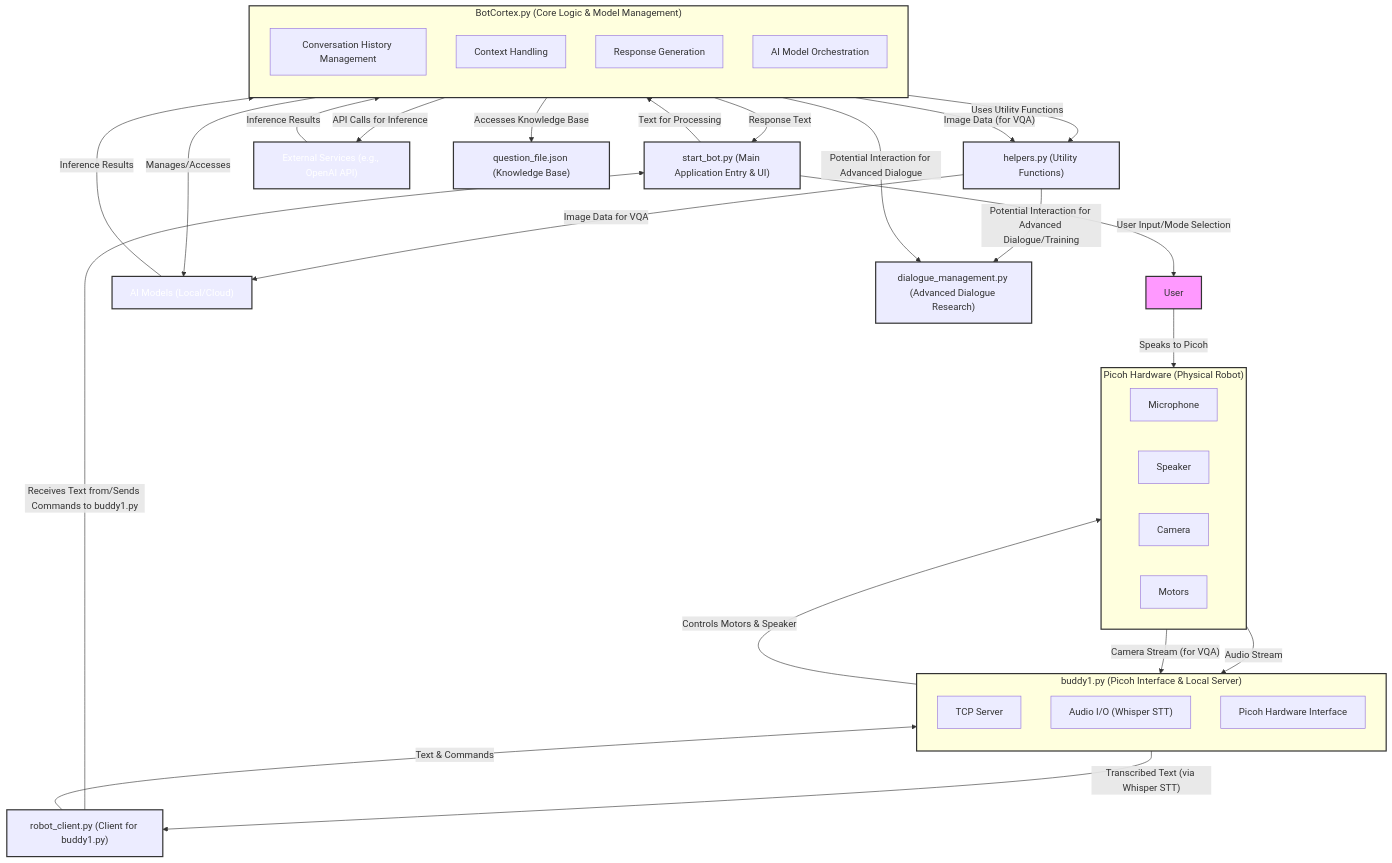
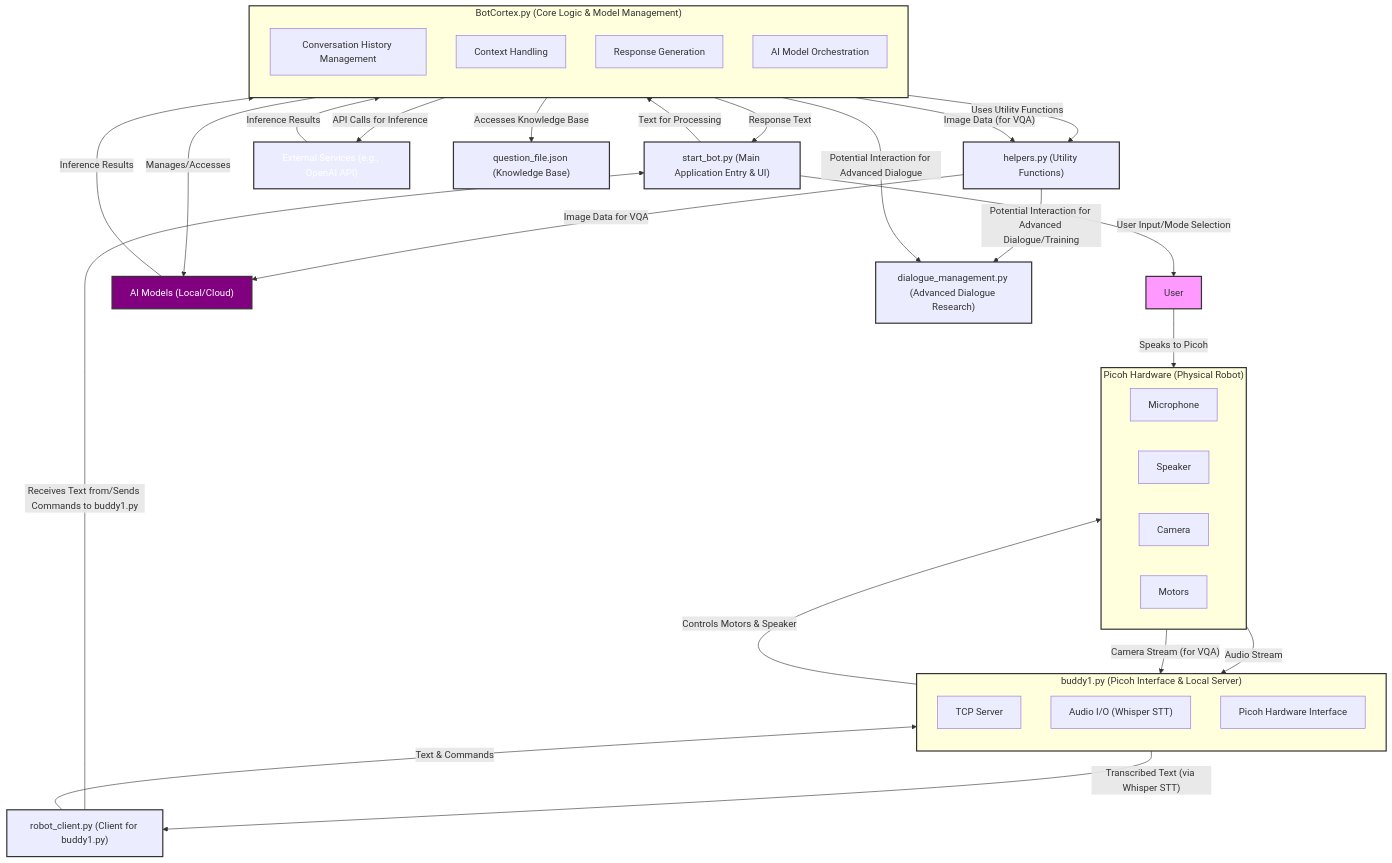
The diagram in architecture.md (dhar174/DeskBuddy), drawn with Mermaid before and after one commit.

````diff
--- a/architecture.md
+++ b/architecture.md
@@ -1,58 +1,58 @@
 ```mermaid
 graph TD
     User["User"] -- "Speaks to Picoh" --> Picoh_HW["Picoh Hardware (Physical Robot)"]
     Picoh_HW -- "Audio Stream" --> buddy1_py["buddy1.py (Picoh Interface & Local Server)"]
     Picoh_HW -- "Camera Stream (for VQA)" --> buddy1_py
     buddy1_py -- "Controls Motors & Speaker" --> Picoh_HW
     buddy1_py -- "Transcribed Text (via Whisper STT)" --> robot_client_py["robot_client.py (Client for buddy1.py)"]
     robot_client_py -- "Text & Commands" --> buddy1_py
     robot_client_py -- "Receives Text from/Sends Commands to buddy1.py" --> start_bot_py["start_bot.py (Main Application Entry & UI)"]
     start_bot_py -- "User Input/Mode Selection" --> User
     start_bot_py -- "Text for Processing" --> BotCortex_py["BotCortex.py (Core Logic & Model Management)"]
     BotCortex_py -- "Response Text" --> start_bot_py
     BotCortex_py -- "Uses Utility Functions" --> helpers_py["helpers.py (Utility Functions)"]
     BotCortex_py -- "Manages/Accesses" --> AI_Models["AI Models (Local/Cloud)"]
     AI_Models -- "Inference Results" --> BotCortex_py
     BotCortex_py -- "API Calls for Inference" --> External_Services["External Services (e.g., OpenAI API)"]
     External_Services -- "Inference Results" --> BotCortex_py
     BotCortex_py -- "Accesses Knowledge Base" --> question_file_json["question_file.json (Knowledge Base)"]
     BotCortex_py -- "Image Data (for VQA)" --> helpers_py
     helpers_py -- "Image Data for VQA" --> AI_Models
     BotCortex_py -- "Potential Interaction for Advanced Dialogue" --> dialogue_management_py["dialogue_management.py (Advanced Dialogue Research)"]
     helpers_py -- "Potential Interaction for Advanced Dialogue/Training" --> dialogue_management_py
 
     subgraph Picoh_HW ["Picoh Hardware (Physical Robot)"]
         direction LR
         Mic["Microphone"]
         Speaker["Speaker"]
         Camera["Camera"]
         Motors["Motors"]
     end
 
     subgraph buddy1_py ["buddy1.py (Picoh Interface & Local Server)"]
         direction TB
         TCP_Server["TCP Server"]
         Audio_IO["Audio I/O (Whisper STT)"]
         HW_Interface["Picoh Hardware Interface"]
     end
 
     subgraph BotCortex_py ["BotCortex.py (Core Logic & Model Management)"]
         direction TB
         ConversationManager["Conversation History Management"]
         ContextManager["Context Handling"]
         ResponseGenerator["Response Generation"]
         ModelOrchestrator["AI Model Orchestration"]
     end
 
     style User fill:#f9f,stroke:#333,stroke-width:2px
     style Picoh_HW fill:#lightgrey,stroke:#333,stroke-width:2px
     style buddy1_py fill:#lightblue,stroke:#333,stroke-width:2px
     style robot_client_py fill:#cyan,stroke:#333,stroke-width:2px
     style start_bot_py fill:#lightgreen,stroke:#333,stroke-width:2px
     style BotCortex_py fill:#orange,stroke:#333,stroke-width:2px
     style helpers_py fill:#yellow,stroke:#333,stroke-width:2px
-    style AI_Models fill:#purple,stroke:#333,stroke-width:2px,color:white
+    style AI_Models fill:#800080,stroke:#333,stroke-width:2px,color:white
     style External_Services fill:#red,stroke:#333,stroke-width:2px,color:white
     style question_file_json fill:#pink,stroke:#333,stroke-width:2px
     style dialogue_management_py fill:#beige,stroke:#333,stroke-width:2px
 ```
````
